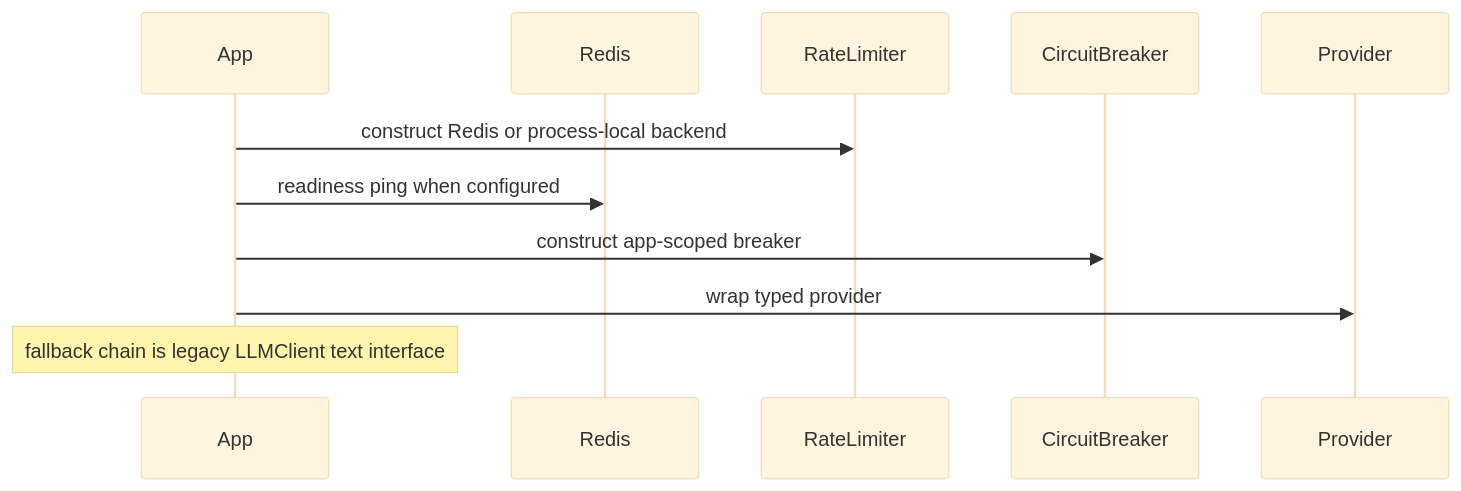
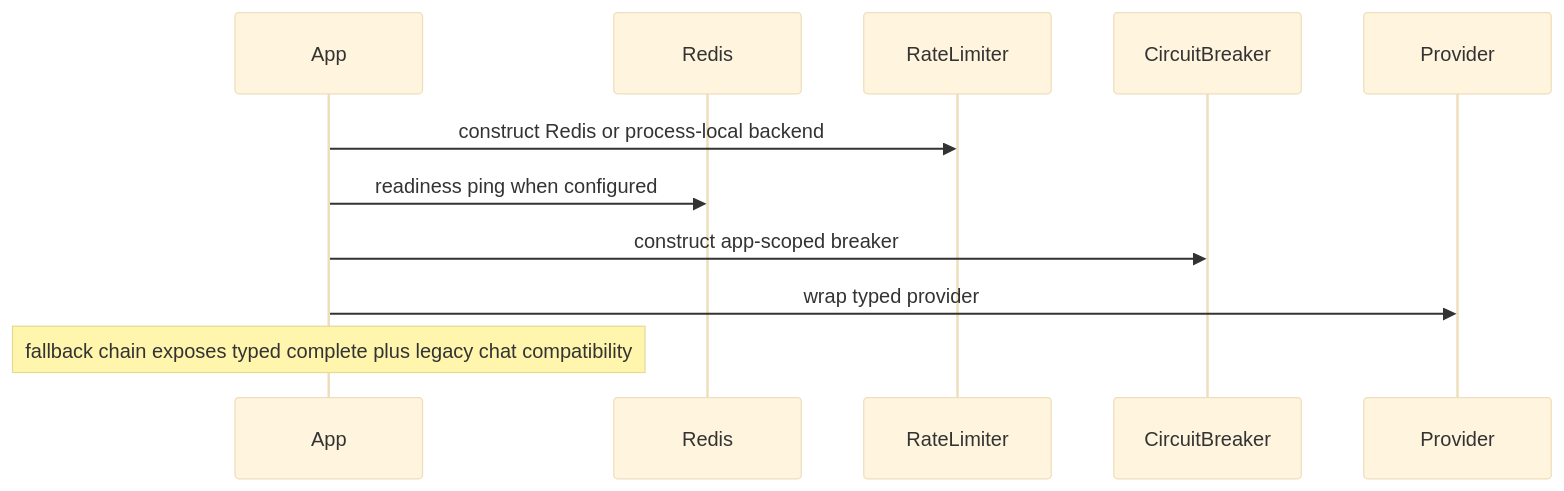
One commit to levalencia/archon changed the second of 4 diagrams in docs/course/modules/10-resilience/README.md. Above: the diagram before and after it, drawn with Mermaid (base theme). The commit also changed other lines of this file and 3 other files, not shown here.

Commit message:
docs: record typed fallback semantics

````diff
--- a/docs/course/modules/10-resilience/README.md
+++ b/docs/course/modules/10-resilience/README.md
@@ -40,13 +40,13 @@
 ```mermaid
 sequenceDiagram
   participant App
   participant Redis
   participant RL as RateLimiter
   participant CB as CircuitBreaker
   participant Provider
   App->>RL: construct Redis or process-local backend
   App->>Redis: readiness ping when configured
   App->>CB: construct app-scoped breaker
   App->>Provider: wrap typed provider
-  Note over App: fallback chain is legacy LLMClient text interface
+  Note over App: fallback chain exposes typed complete plus legacy chat compatibility
 ```
````
